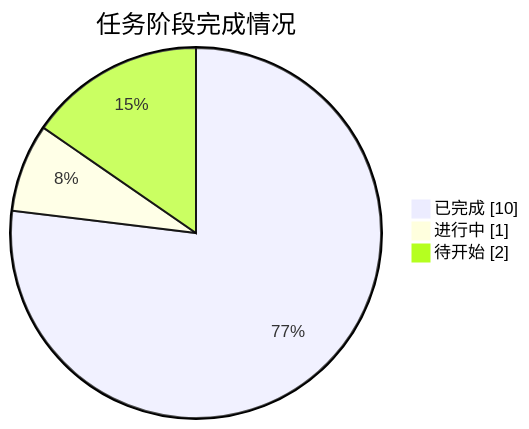
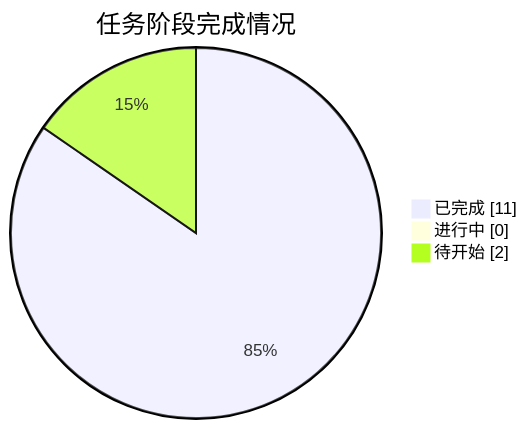
One commit to J-met77/AAW-mathorcup-2025-B-1 changed the diagram in README.md. Above: the diagram before and after it, drawn with Mermaid. The commit also changed other lines of this file and 10 other files, not shown here.

````diff
--- a/README.md
+++ b/README.md
@@ -27,7 +27,7 @@
 ```mermaid
 pie showData
     title 任务阶段完成情况
-    "已完成" : 10
-    "进行中" : 1
+    "已完成" : 11
+    "进行中" : 0
     "待开始" : 2
 ```
````
